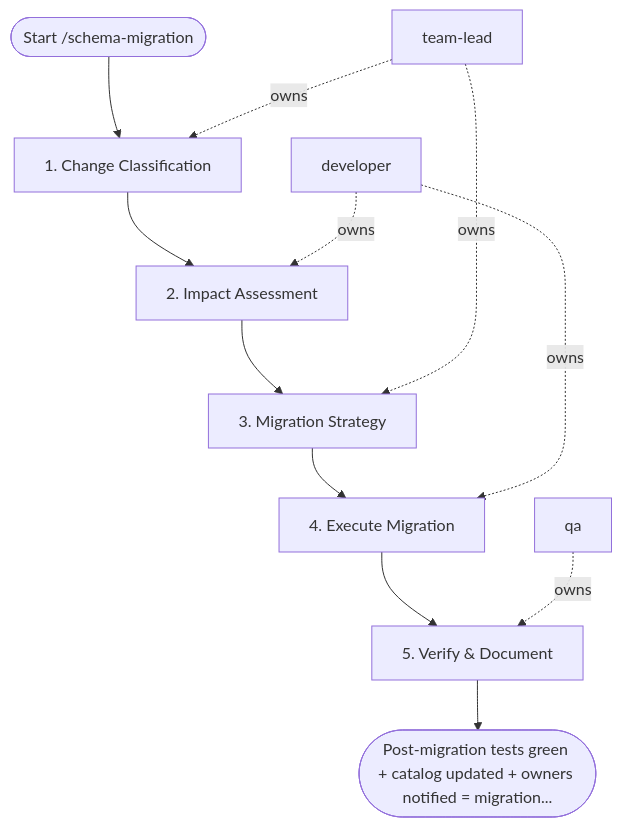
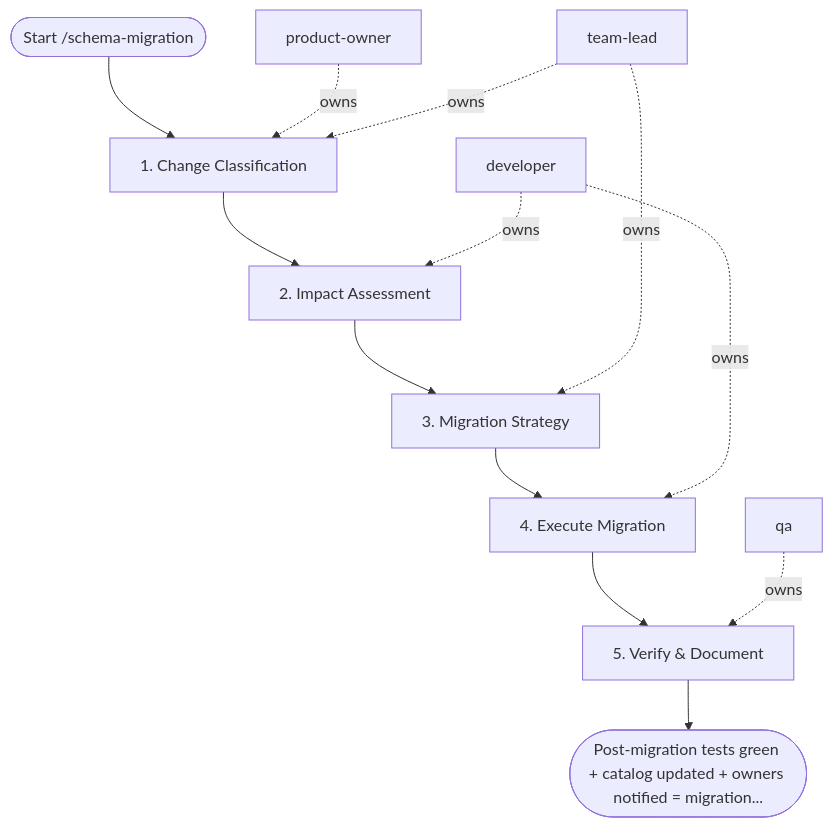
The diagram in areas/software/data-engineering/workflows/schema-migration.md (sawrus/agent-guides), drawn with Mermaid before and after one commit. The commit also changed other lines of this file and 76 other files, not shown here.

Commit message:
Standardize workflow product owner initiation

````diff
--- a/areas/software/data-engineering/workflows/schema-migration.md
+++ b/areas/software/data-engineering/workflows/schema-migration.md
@@ -69,24 +69,26 @@
 ```mermaid
 flowchart TD
   start(["Start /schema-migration"])
-  role_1["team-lead"]
-  role_2["developer"]
-  role_3["qa"]
+  role_1["product-owner"]
+  role_2["team-lead"]
+  role_3["developer"]
+  role_4["qa"]
   step_1["1. Change Classification"]
   step_2["2. Impact Assessment"]
   step_3["3. Migration Strategy"]
   step_4["4. Execute Migration"]
   step_5["5. Verify & Document"]
   exit(["Post-migration tests green + catalog updated + owners notified = migration..."])
   start --> step_1
   step_1 --> step_2
   step_2 --> step_3
   step_3 --> step_4
   step_4 --> step_5
   step_5 --> exit
   role_1 -. owns .-> step_1
-  role_2 -. owns .-> step_2
-  role_1 -. owns .-> step_3
-  role_2 -. owns .-> step_4
-  role_3 -. owns .-> step_5
+  role_2 -. owns .-> step_1
+  role_3 -. owns .-> step_2
+  role_2 -. owns .-> step_3
+  role_3 -. owns .-> step_4
+  role_4 -. owns .-> step_5
 ```
````
